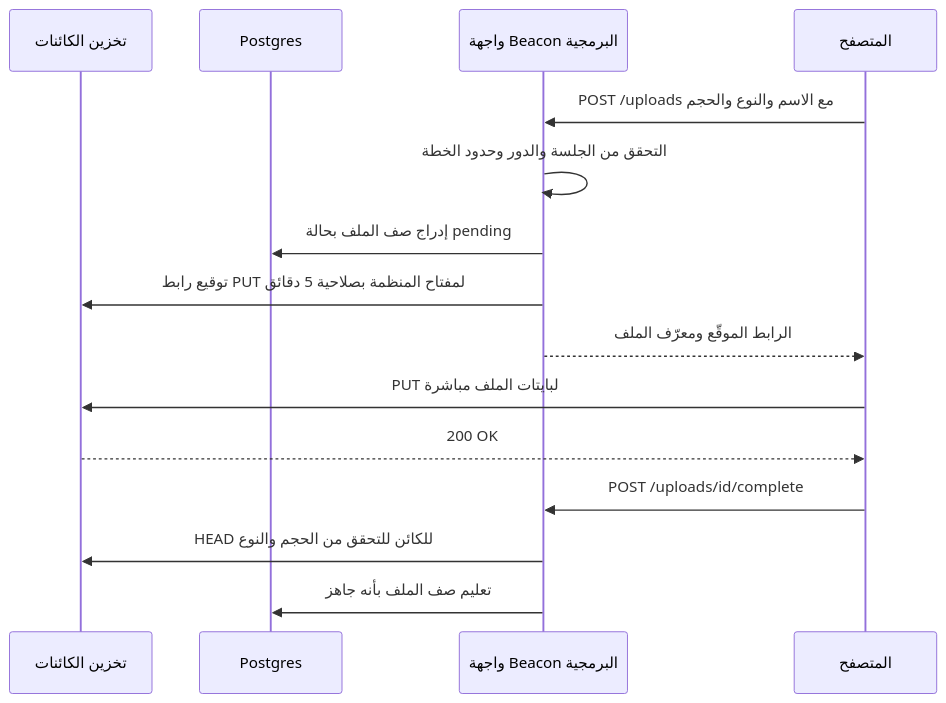
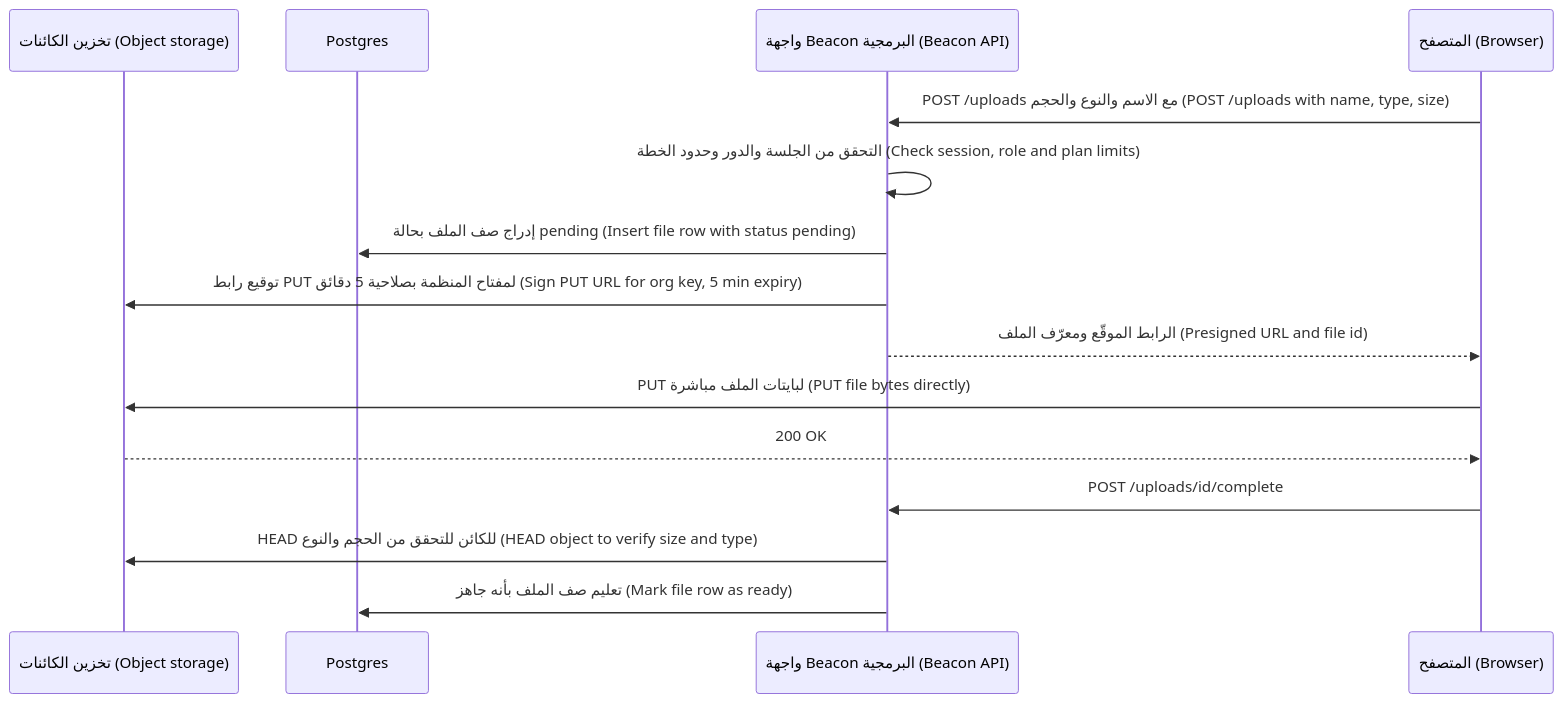
The third of 9 diagrams in saas/modules/02-data.ar.md (Tamoura/system-design-for-vibe-coders), drawn with Mermaid before and after one commit. The commit also changed other lines of this file and 62 other files, not shown here.

First line of the commit message:
Arabic editions: English on every diagram label, RTL fixes, rebuild

````diff
--- a/saas/modules/02-data.ar.md
+++ b/saas/modules/02-data.ar.md
@@ -336,17 +336,17 @@
 ```mermaid
 sequenceDiagram
-    participant S as تخزين الكائنات
+    participant S as تخزين الكائنات (Object storage)
     participant D as Postgres
-    participant A as واجهة Beacon البرمجية
-    participant B as المتصفح
-    B->>A: POST /uploads مع الاسم والنوع والحجم
-    A->>A: التحقق من الجلسة والدور وحدود الخطة
-    A->>D: إدراج صف الملف بحالة pending
-    A->>S: توقيع رابط PUT لمفتاح المنظمة بصلاحية 5 دقائق
-    A-->>B: الرابط الموقّع ومعرّف الملف
-    B->>S: PUT لبايتات الملف مباشرة
+    participant A as واجهة Beacon البرمجية (Beacon API)
+    participant B as المتصفح (Browser)
+    B->>A: POST /uploads مع الاسم والنوع والحجم (POST /uploads with name, type, size)
+    A->>A: التحقق من الجلسة والدور وحدود الخطة (Check session, role and plan limits)
+    A->>D: إدراج صف الملف بحالة pending (Insert file row with status pending)
+    A->>S: توقيع رابط PUT لمفتاح المنظمة بصلاحية 5 دقائق (Sign PUT URL for org key, 5 min expiry)
+    A-->>B: الرابط الموقّع ومعرّف الملف (Presigned URL and file id)
+    B->>S: PUT لبايتات الملف مباشرة (PUT file bytes directly)
     S-->>B: 200 OK
     B->>A: POST /uploads/id/complete
-    A->>S: HEAD للكائن للتحقق من الحجم والنوع
-    A->>D: تعليم صف الملف بأنه جاهز
+    A->>S: HEAD للكائن للتحقق من الحجم والنوع (HEAD object to verify size and type)
+    A->>D: تعليم صف الملف بأنه جاهز (Mark file row as ready)
 ```
````
